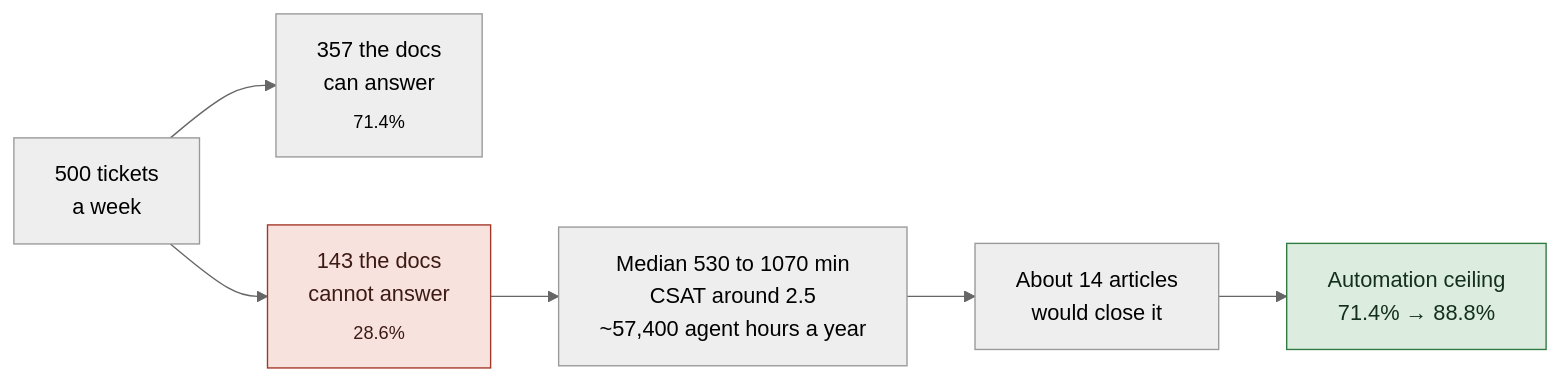
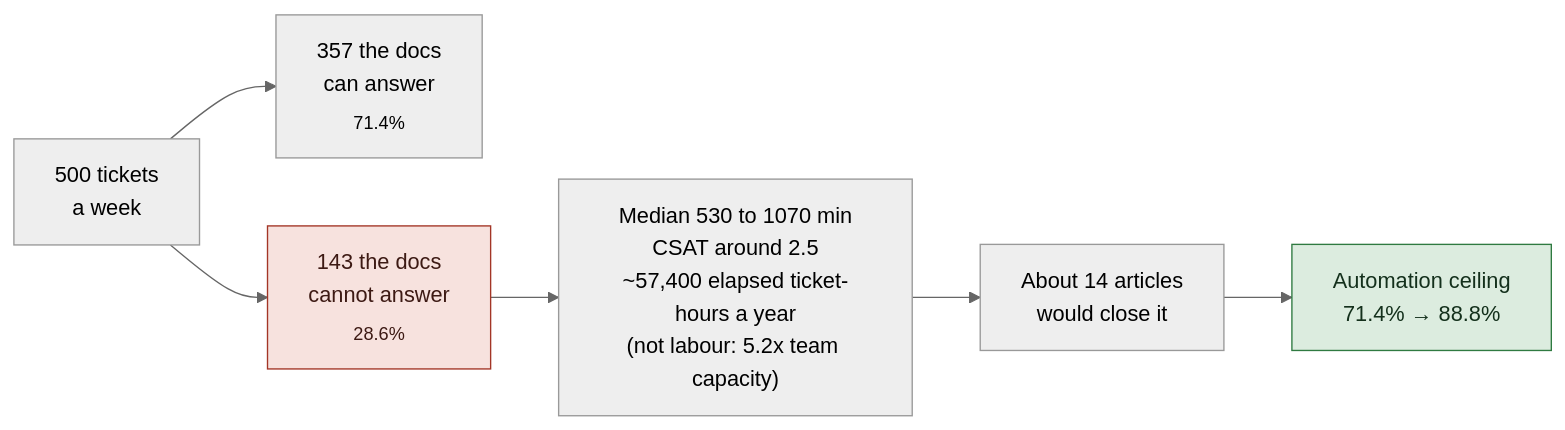
Before and after one commit to omiiii21/FDE-Capstone: the third of 3 diagrams in README.md, drawn with Mermaid (neutral theme). The commit also changed 2 other files, not shown here.

````diff
--- a/README.md
+++ b/README.md
@@ -191,11 +191,11 @@
 ```mermaid
 flowchart LR
     A["500 tickets<br/>a week"] --> B["357 the docs<br/>can answer<br/><sub>71.4%</sub>"]
     A --> C["143 the docs<br/>cannot answer<br/><sub>28.6%</sub>"]
-    C --> D["Median 530 to 1070 min<br/>CSAT around 2.5<br/>~57,400 agent hours a year"]
+    C --> D["Median 530 to 1070 min<br/>CSAT around 2.5<br/>~57,400 elapsed ticket-hours a year<br/>(not labour: 5.2x team capacity)"]
     D --> E["About 14 articles<br/>would close it"]
     E --> F["Automation ceiling<br/>71.4% → 88.8%"]
 
     style C fill:#f7e2de,stroke:#a33526,color:#3d1a14
     style F fill:#dcecdf,stroke:#2f7a41,color:#14301c
 ```
````
